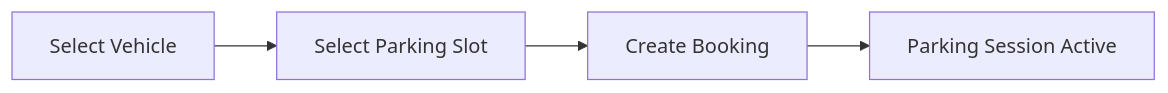
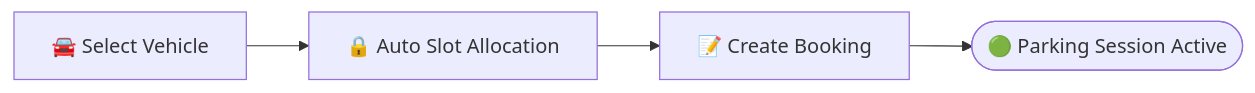
Before and after one commit to Sahil2u47/smart_parking_system_frontend: the fourth of 9 diagrams in README.md, drawn with Mermaid. The commit also changed other lines of this file, not shown here.

````diff
--- a/README.md
+++ b/README.md
@@ -198,4 +310,4 @@
 ```mermaid
 flowchart LR
-    A["Select Vehicle"] --> B["Select Parking Slot"] --> C["Create Booking"] --> D["Parking Session Active"]
+    A["🚘 Select Vehicle"] --> B["🔒 Auto Slot Allocation"] --> C["📝 Create Booking"] --> D(["🟢 Parking Session Active"])
 ```
````
